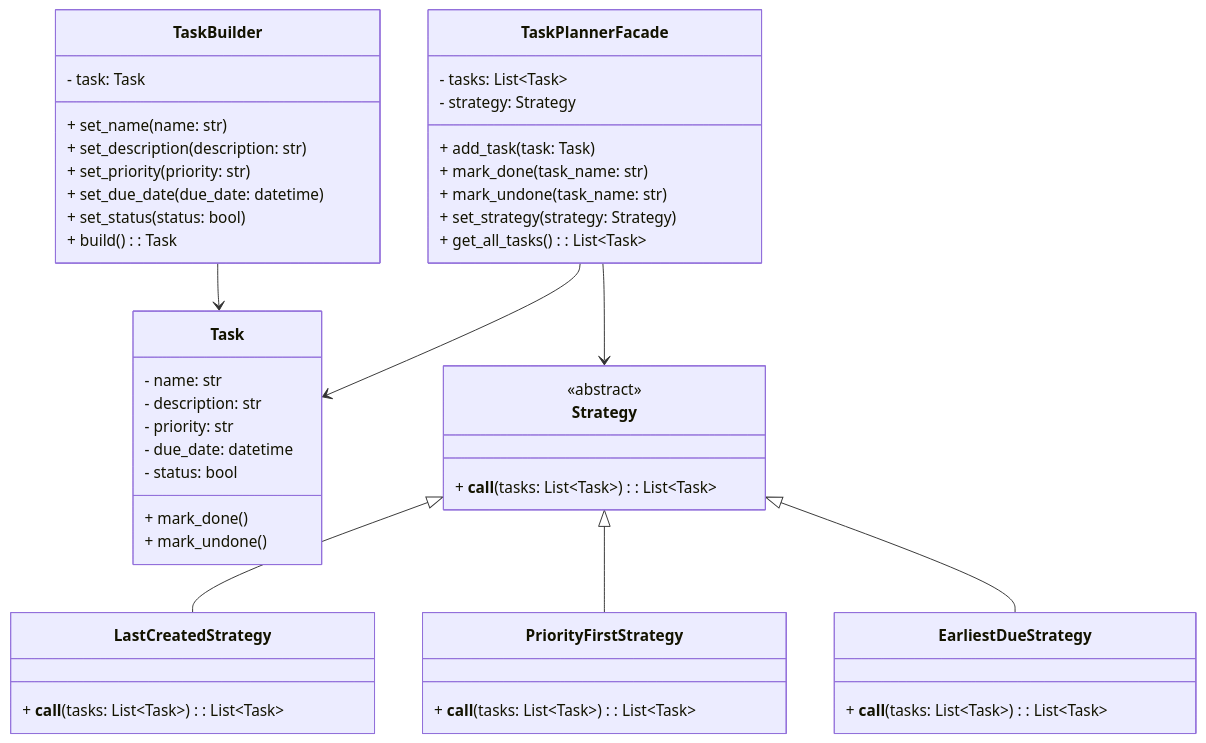
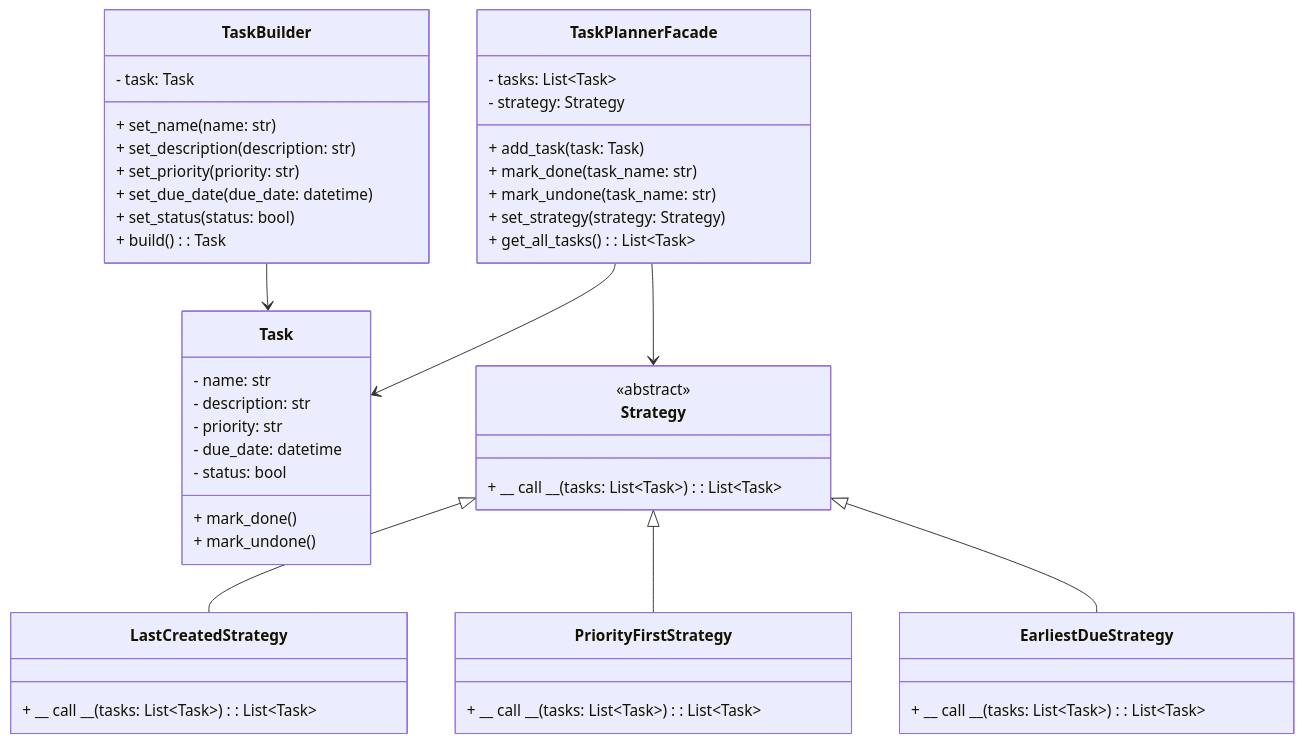
The second of 2 diagrams in README.md (gearbeagel/Smanner), drawn with Mermaid before and after one commit.

````diff
--- a/README.md
+++ b/README.md
@@ -145,56 +145,56 @@
 ```mermaid
 classDiagram
     class Task {
         - name: str
         - description: str
         - priority: str
         - due_date: datetime
         - status: bool
         + mark_done()
         + mark_undone()
     }
 
     class TaskBuilder {
         - task: Task
         + set_name(name: str)
         + set_description(description: str)
         + set_priority(priority: str)
         + set_due_date(due_date: datetime)
         + set_status(status: bool)
         + build(): Task
     }
 
     class TaskPlannerFacade {
         - tasks: List~Task~
         - strategy: Strategy
         + add_task(task: Task)
         + mark_done(task_name: str)
         + mark_undone(task_name: str)
         + set_strategy(strategy: Strategy)
         + get_all_tasks(): List~Task~
     }
 
     class Strategy {
         <<abstract>>
-        + __call__(tasks: List~Task~): List~Task~
+        + __ call __(tasks: List~Task~): List~Task~
     }
 
     class LastCreatedStrategy {
-        + __call__(tasks: List~Task~): List~Task~
+        + __ call __(tasks: List~Task~): List~Task~
     }
 
     class PriorityFirstStrategy {
-        + __call__(tasks: List~Task~): List~Task~
+        + __ call __(tasks: List~Task~): List~Task~
     }
 
     class EarliestDueStrategy {
-        + __call__(tasks: List~Task~): List~Task~
+        + __ call __(tasks: List~Task~): List~Task~
     }
 
     TaskPlannerFacade --> Strategy
     Strategy <|-- LastCreatedStrategy
     Strategy <|-- PriorityFirstStrategy
     Strategy <|-- EarliestDueStrategy
     TaskPlannerFacade --> Task
     TaskBuilder --> Task
 ```
````
